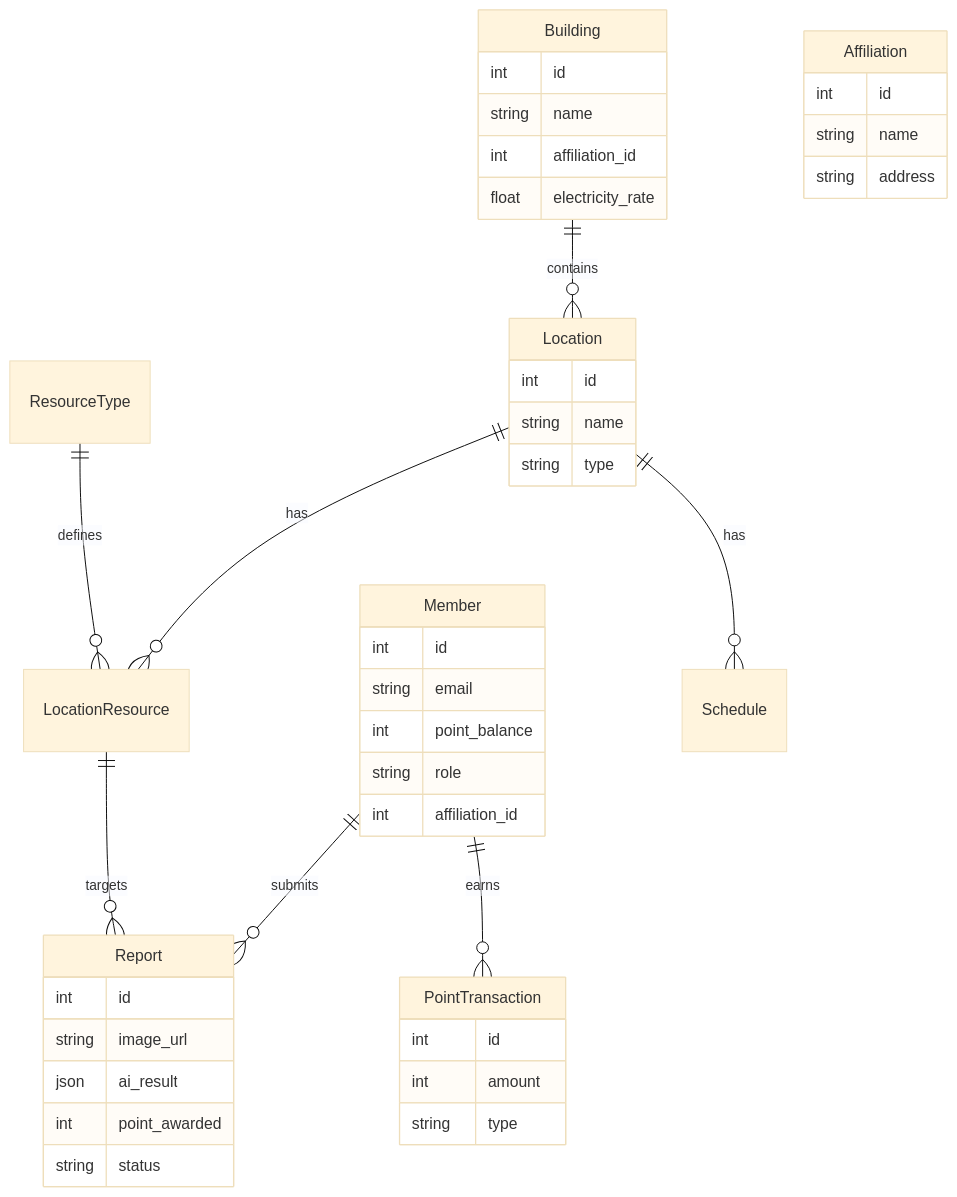
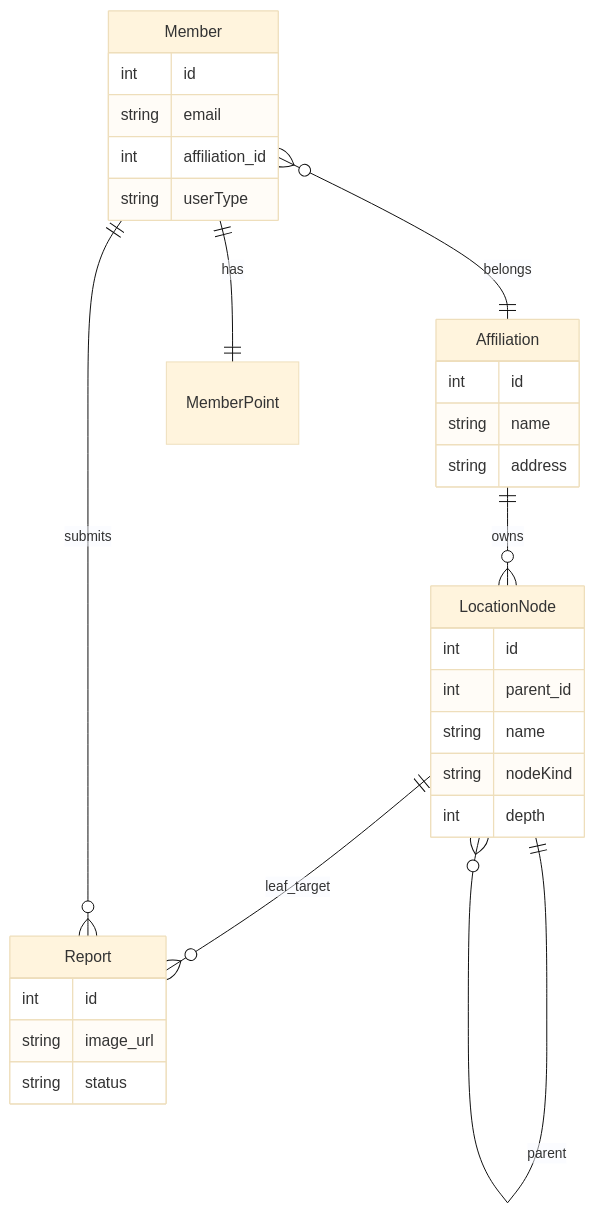
The third of 5 diagrams in docs/최종 제안서/6_시스템구조.md (ravenkim/sundry_study), drawn with Mermaid (base theme) before and after one commit. The commit also changed other lines of this file and 45 other files, not shown here.

````diff
--- a/docs/최종 제안서/6_시스템구조.md
+++ b/docs/최종 제안서/6_시스템구조.md
@@ -144,51 +145,36 @@
 ```mermaid
 erDiagram
+  Affiliation ||--o{ LocationNode : owns
+  LocationNode ||--o{ LocationNode : parent
+  LocationNode ||--o{ Report : leaf_target
   Member ||--o{ Report : submits
-  Member ||--o{ PointTransaction : earns
-  Building ||--o{ Location : contains
-  Location ||--o{ LocationResource : has
-  Location ||--o{ Schedule : has
-  ResourceType ||--o{ LocationResource : defines
-  LocationResource ||--o{ Report : targets
-
-  Member {
-    int id
-    string email
-    int point_balance
-    string role
-    int affiliation_id
-  }
+  Member }o--|| Affiliation : belongs
+  Member ||--|| MemberPoint : has
 
   Affiliation {
     int id
     string name
     string address
   }
 
-  Building {
+  LocationNode {
     int id
+    int parent_id
     string name
-    int affiliation_id
-    float electricity_rate
+    string nodeKind
+    int depth
   }
 
-  Location {
+  Member {
     int id
-    string name
-    string type
+    string email
+    int affiliation_id
+    string userType
   }
 
   Report {
     int id
     string image_url
-    json ai_result
-    int point_awarded
     string status
   }
-
-  PointTransaction {
-    int id
-    int amount
-    string type
-  }
 ```
````
